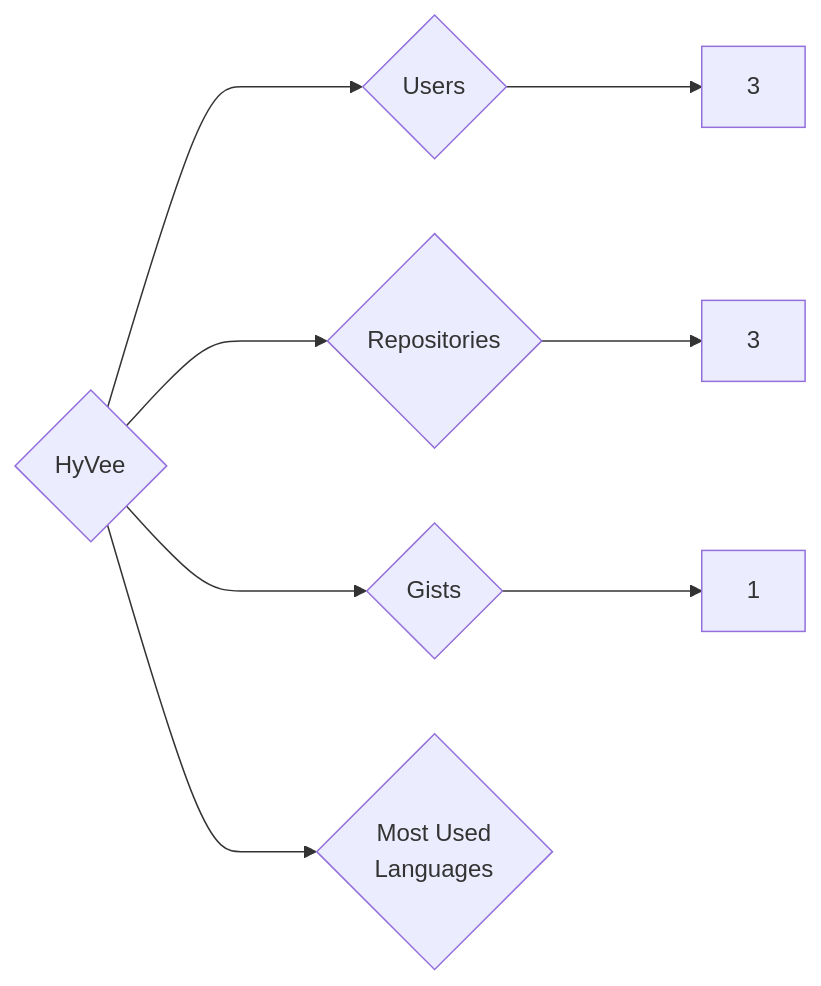
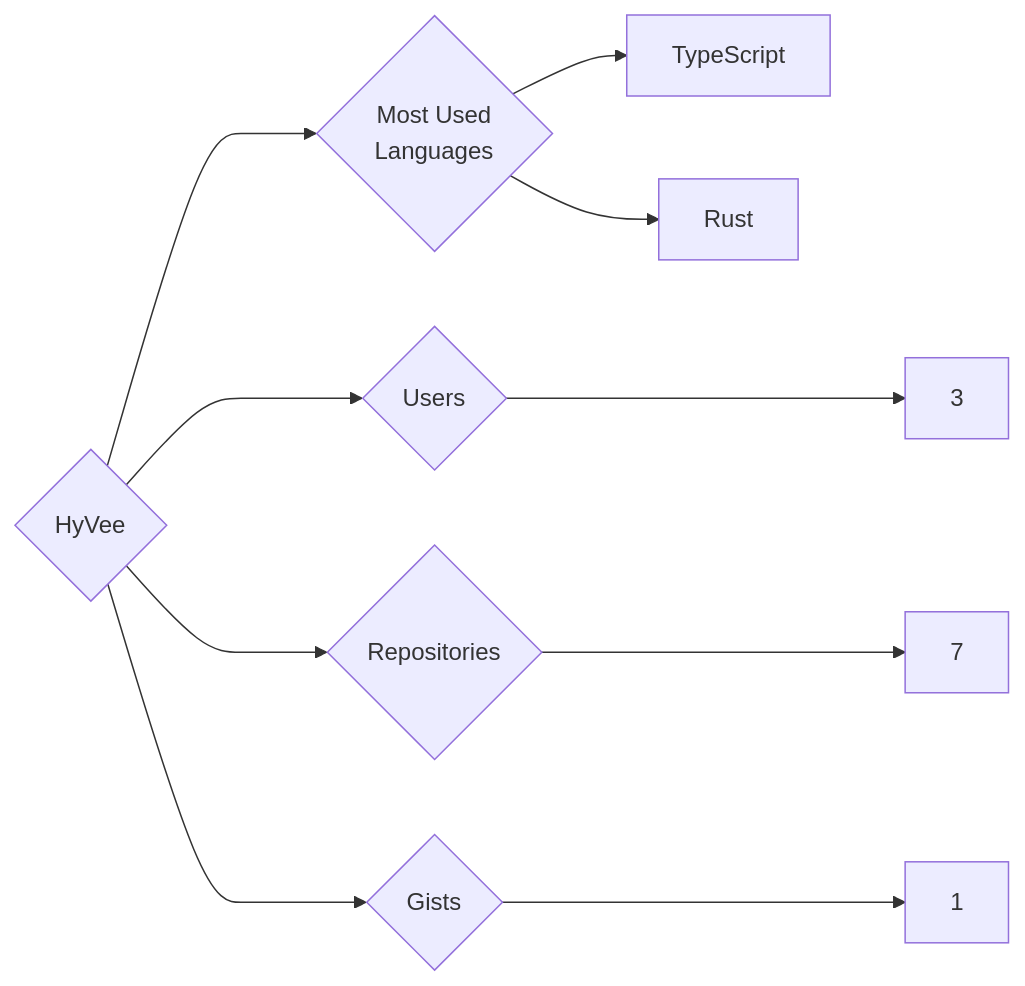
The diagram in targets/HyVee/README.md (trickest/insiders), drawn with Mermaid before and after one commit. The commit also changed 1088 other files, not shown here.

````diff
--- a/targets/HyVee/README.md
+++ b/targets/HyVee/README.md
@@ -3,8 +3,10 @@
 ```mermaid
 graph LR
 COMPANY_NAME{HyVee}
 COMPANY_NAME ---> U{Users} ---> UN[3]
-COMPANY_NAME ---> R{Repositories} ---> RN[3]
+COMPANY_NAME ---> R{Repositories} ---> RN[7]
 COMPANY_NAME ---> G{Gists} ---> GN[1]
 COMPANY_NAME ---> ML{Most Used<br>Languages}
+ML --> TypeScript[TypeScript]
+ML --> Rust[Rust]
 ```
````
